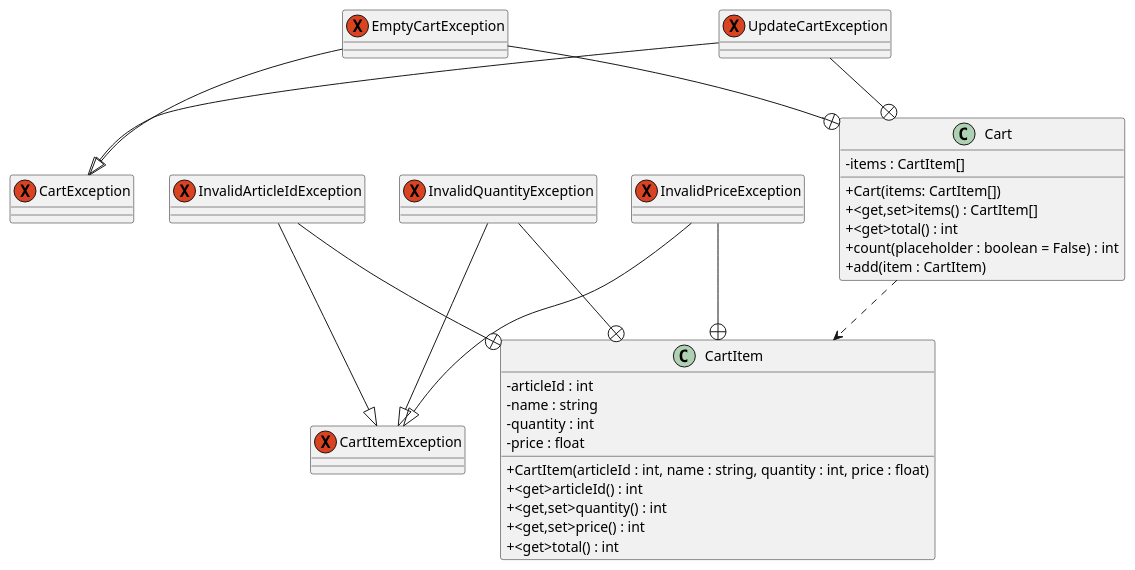
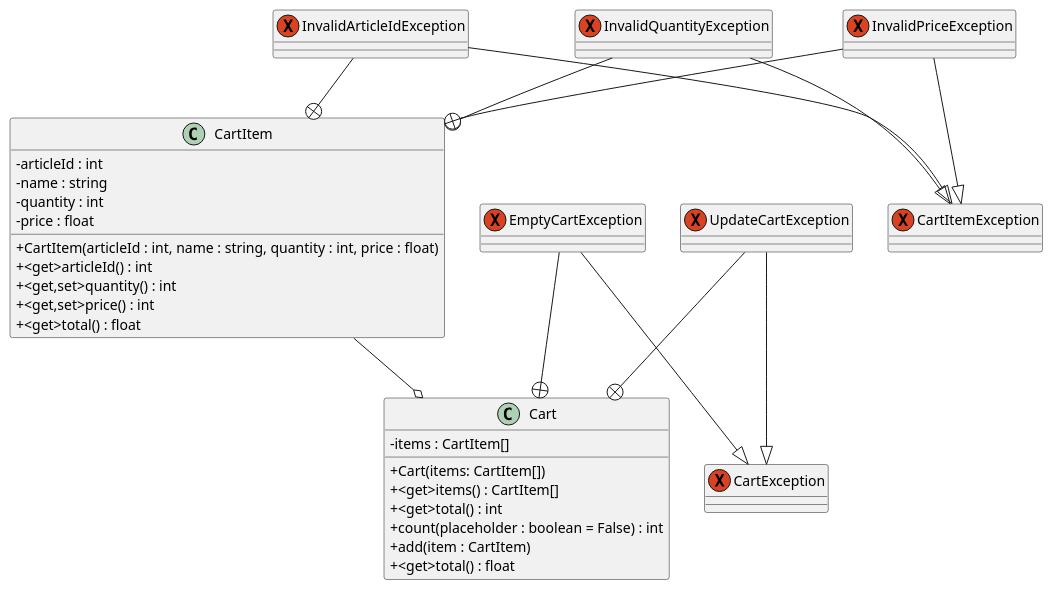
Before and after one commit to Wildigg/Shopping: the diagram in docs/classe_uml.puml, drawn with PlantUML.

Commit message:
docs: Small corrections of divert sort

```diff
--- a/docs/classe_uml.puml
+++ b/docs/classe_uml.puml
@@ -1,59 +1,60 @@
 @startuml
 skinparam classAttributeIconSize 0
 
 
 class CartItem {
   - articleId : int
   - name : string
   - quantity : int
   - price : float
   + CartItem(articleId : int, name : string, quantity : int, price : float)
   + <get>articleId() : int
   + <get,set>quantity() : int
   + <get,set>price() : int
-  + <get>total() : int
+  + <get>total() : float
 }
 
 class Cart {
   - items : CartItem[]
   + Cart(items: CartItem[])
-  + <get,set>items() : CartItem[]
+  + <get>items() : CartItem[]
   + <get>total() : int
   + count(placeholder : boolean = False) : int
   + add(item : CartItem)
+  + <get>total() : float
 }
 
 exception CartItemException {
 }
 
 exception InvalidArticleIdException {
 }
 
 exception InvalidQuantityException {
 }
 
 exception InvalidPriceException {
 }
 
 exception CartException {
 }
 
 exception EmptyCartException {
 }
 
 exception UpdateCartException {
 }
 
 
-Cart ..> CartItem
+CartItem --o Cart
 InvalidArticleIdException --|> CartItemException
 InvalidQuantityException --|> CartItemException
 InvalidPriceException --|> CartItemException
 InvalidArticleIdException --+ CartItem
 InvalidQuantityException --+ CartItem
 InvalidPriceException --+ CartItem
 EmptyCartException --|> CartException
 UpdateCartException --|> CartException
 EmptyCartException --+ Cart
 UpdateCartException --+ Cart
 @enduml
```
